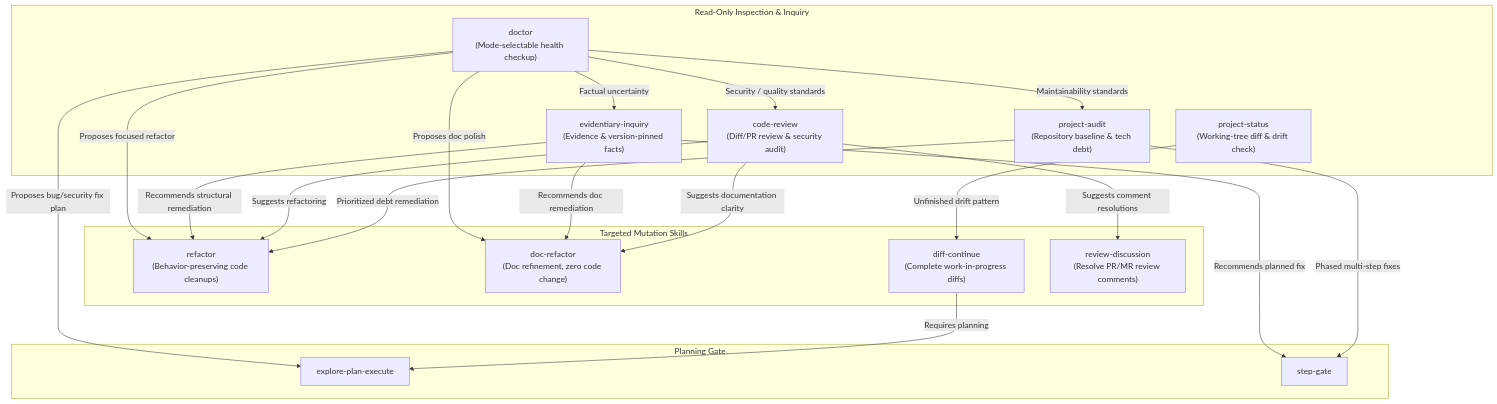
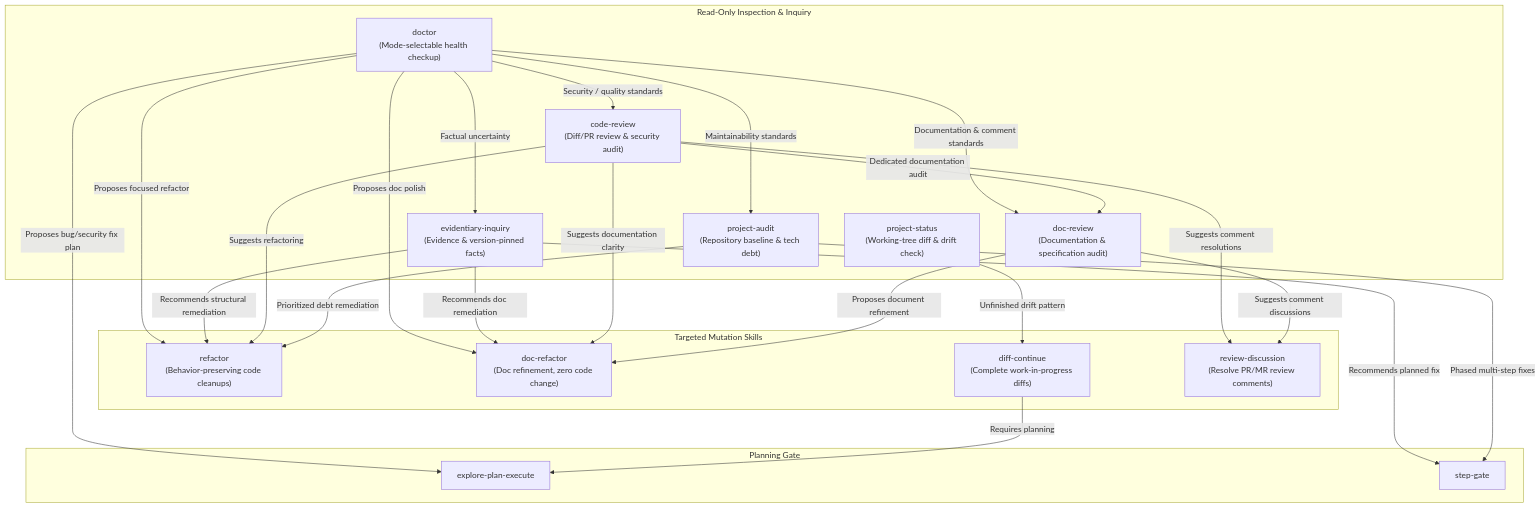
One commit to berquerant/agent-skills changed the third of 5 diagrams in docs/skill-interoperability.md. Above: the diagram before and after it, drawn with Mermaid. The commit also changed other lines of this file and 9 other files, not shown here.

First line of the commit message:
feat(doc-review): implement technical documentation review skill (#15)

````diff
--- a/docs/skill-interoperability.md
+++ b/docs/skill-interoperability.md
@@ -102,44 +102,50 @@
 ```mermaid
 flowchart TD
     subgraph ReadOnlyAudit ["Read-Only Inspection & Inquiry"]
         DOC["doctor<br/>(Mode-selectable health checkup)"]
         EI["evidentiary-inquiry<br/>(Evidence & version-pinned facts)"]
         CR["code-review<br/>(Diff/PR review & security audit)"]
+        DCR["doc-review<br/>(Documentation & specification audit)"]
         PA["project-audit<br/>(Repository baseline & tech debt)"]
         PS["project-status<br/>(Working-tree diff & drift check)"]
     end
 
     subgraph RemediationLayer ["Targeted Mutation Skills"]
         RF["refactor<br/>(Behavior-preserving code cleanups)"]
         DR["doc-refactor<br/>(Doc refinement, zero code change)"]
         DC["diff-continue<br/>(Complete work-in-progress diffs)"]
         RD["review-discussion<br/>(Resolve PR/MR review comments)"]
     end
 
     subgraph PlanningHandoff ["Planning Gate"]
         EPE["explore-plan-execute"]
         SG["step-gate"]
     end
 
     %% Handoffs
     DOC -->|"Factual uncertainty"| EI
     DOC -->|"Security / quality standards"| CR
+    DOC -->|"Documentation & comment standards"| DCR
     DOC -->|"Maintainability standards"| PA
     DOC -->|"Proposes bug/security fix plan"| EPE
     DOC -->|"Proposes focused refactor"| RF
     DOC -->|"Proposes doc polish"| DR
 
     EI -->|"Recommends structural remediation"| RF
     EI -->|"Recommends doc remediation"| DR
     EI -->|"Recommends planned fix"| SG
 
+    CR -->|"Dedicated documentation audit"| DCR
     CR -->|"Suggests comment resolutions"| RD
     CR -->|"Suggests documentation clarity"| DR
     CR -->|"Suggests refactoring"| RF
+
+    DCR -->|"Proposes document refinement"| DR
+    DCR -->|"Suggests comment discussions"| RD
 
     PA -->|"Prioritized debt remediation"| RF
     PA -->|"Phased multi-step fixes"| SG
 
     PS -->|"Unfinished drift pattern"| DC
     DC -->|"Requires planning"| EPE
 ```
````
